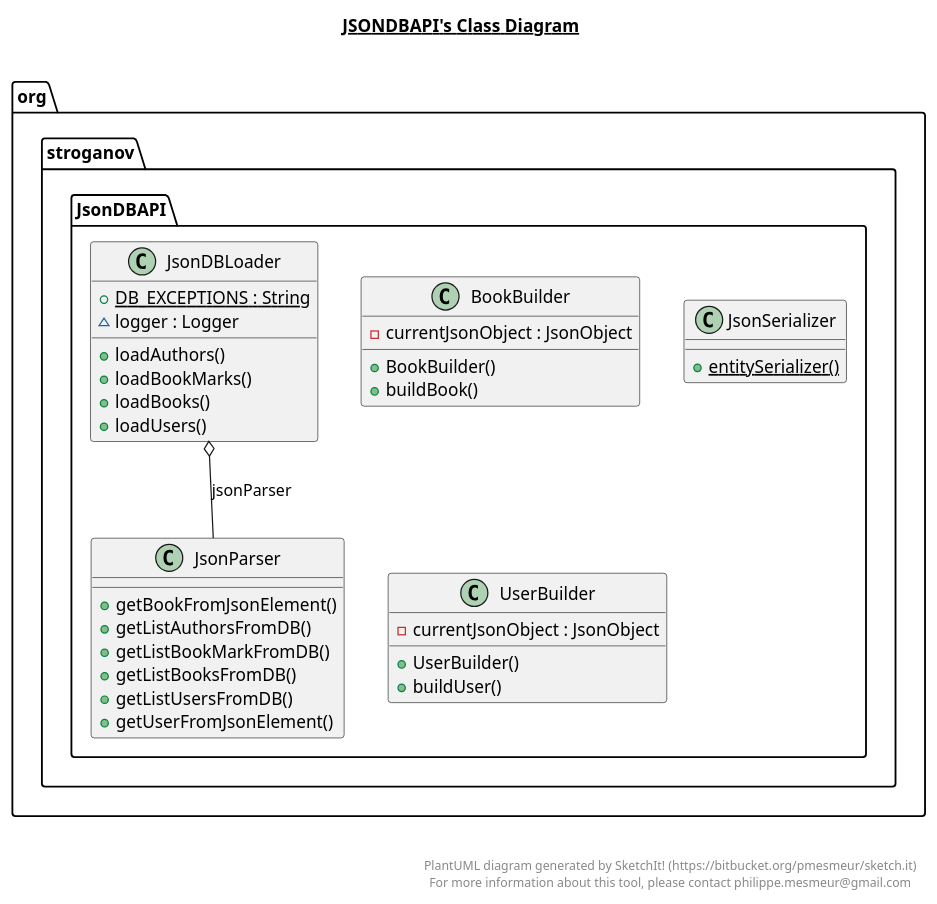
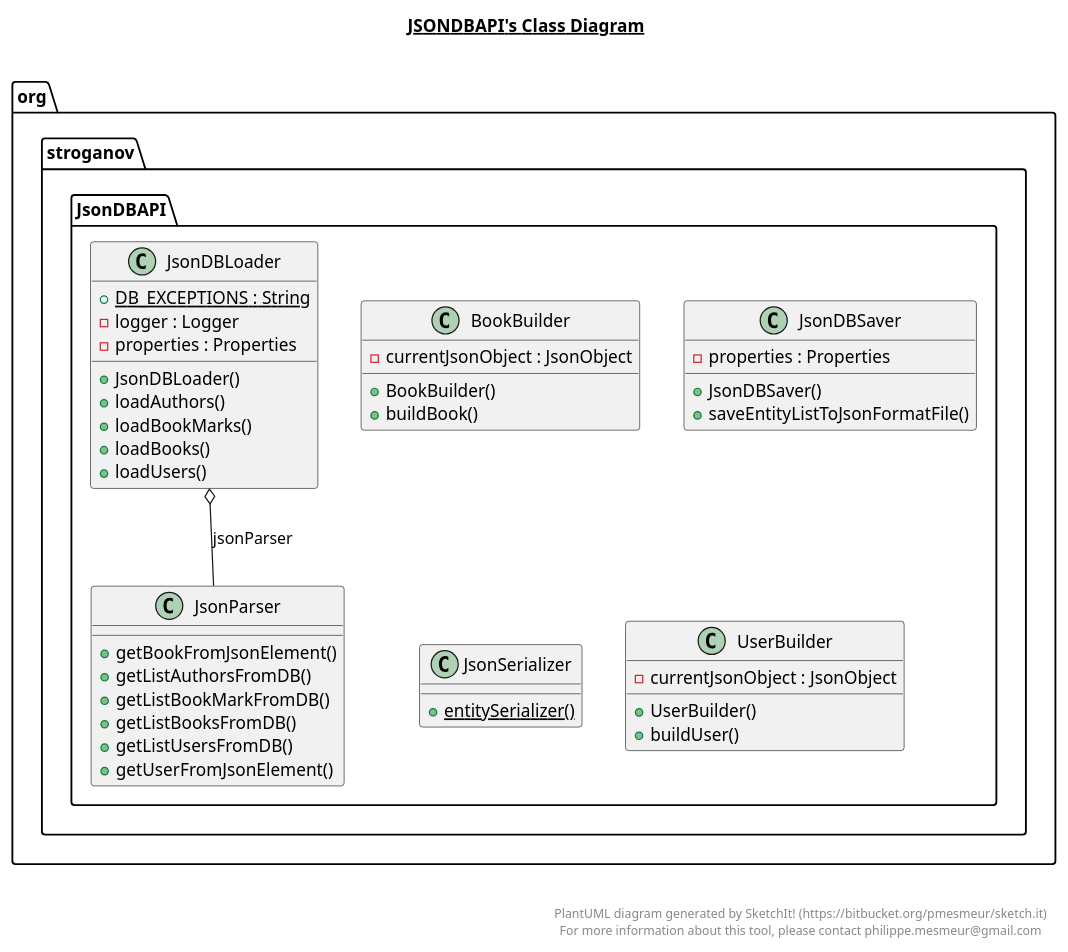
Before and after one commit to SergeyStroganoff/LibraryApp: the diagram in src/main/java/org/stroganov/JsonDBAPI/JsonDBAPI.plantuml, drawn with PlantUML. The commit also changed 8 other files, not shown here.

```diff
--- a/src/main/java/org/stroganov/JsonDBAPI/JsonDBAPI.plantuml
+++ b/src/main/java/org/stroganov/JsonDBAPI/JsonDBAPI.plantuml
@@ -1,74 +1,87 @@
 @startuml
 
 title __JSONDBAPI's Class Diagram__\n
 
   namespace org.stroganov {
     namespace JsonDBAPI {
       class org.stroganov.JsonDBAPI.BookBuilder {
           - currentJsonObject : JsonObject
           + BookBuilder()
           + buildBook()
       }
     }
   }
   
 
   namespace org.stroganov {
     namespace JsonDBAPI {
       class org.stroganov.JsonDBAPI.JsonDBLoader {
           {static} + DB_EXCEPTIONS : String
-          ~ logger : Logger
+          - logger : Logger
+          - properties : Properties
+          + JsonDBLoader()
           + loadAuthors()
           + loadBookMarks()
           + loadBooks()
           + loadUsers()
+      }
+    }
+  }
+  
+
+  namespace org.stroganov {
+    namespace JsonDBAPI {
+      class org.stroganov.JsonDBAPI.JsonDBSaver {
+          - properties : Properties
+          + JsonDBSaver()
+          + saveEntityListToJsonFormatFile()
       }
     }
   }
   
 
   namespace org.stroganov {
     namespace JsonDBAPI {
       class org.stroganov.JsonDBAPI.JsonParser {
           + getBookFromJsonElement()
           + getListAuthorsFromDB()
           + getListBookMarkFromDB()
           + getListBooksFromDB()
           + getListUsersFromDB()
           + getUserFromJsonElement()
       }
     }
   }
   
 
   namespace org.stroganov {
     namespace JsonDBAPI {
       class org.stroganov.JsonDBAPI.JsonSerializer {
           {static} + entitySerializer()
       }
     }
   }
   
 
   namespace org.stroganov {
     namespace JsonDBAPI {
       class org.stroganov.JsonDBAPI.UserBuilder {
           - currentJsonObject : JsonObject
           + UserBuilder()
           + buildUser()
       }
     }
   }
   
 
   org.stroganov.JsonDBAPI.JsonDBLoader o-- org.stroganov.JsonDBAPI.JsonParser : jsonParser
 
 
 right footer
 
 
 PlantUML diagram generated by SketchIt! (https://bitbucket.org/pmesmeur/sketch.it)
 For more information about this tool, please contact philippe.mesmeur@gmail.com
 endfooter
 
 @enduml
```
